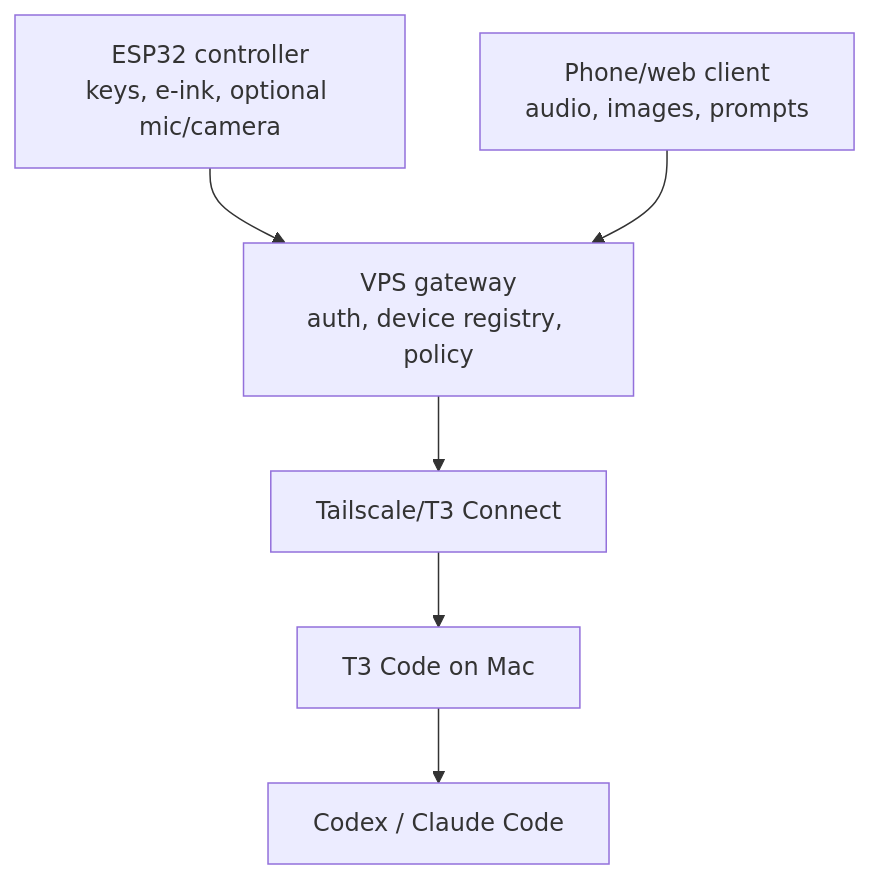
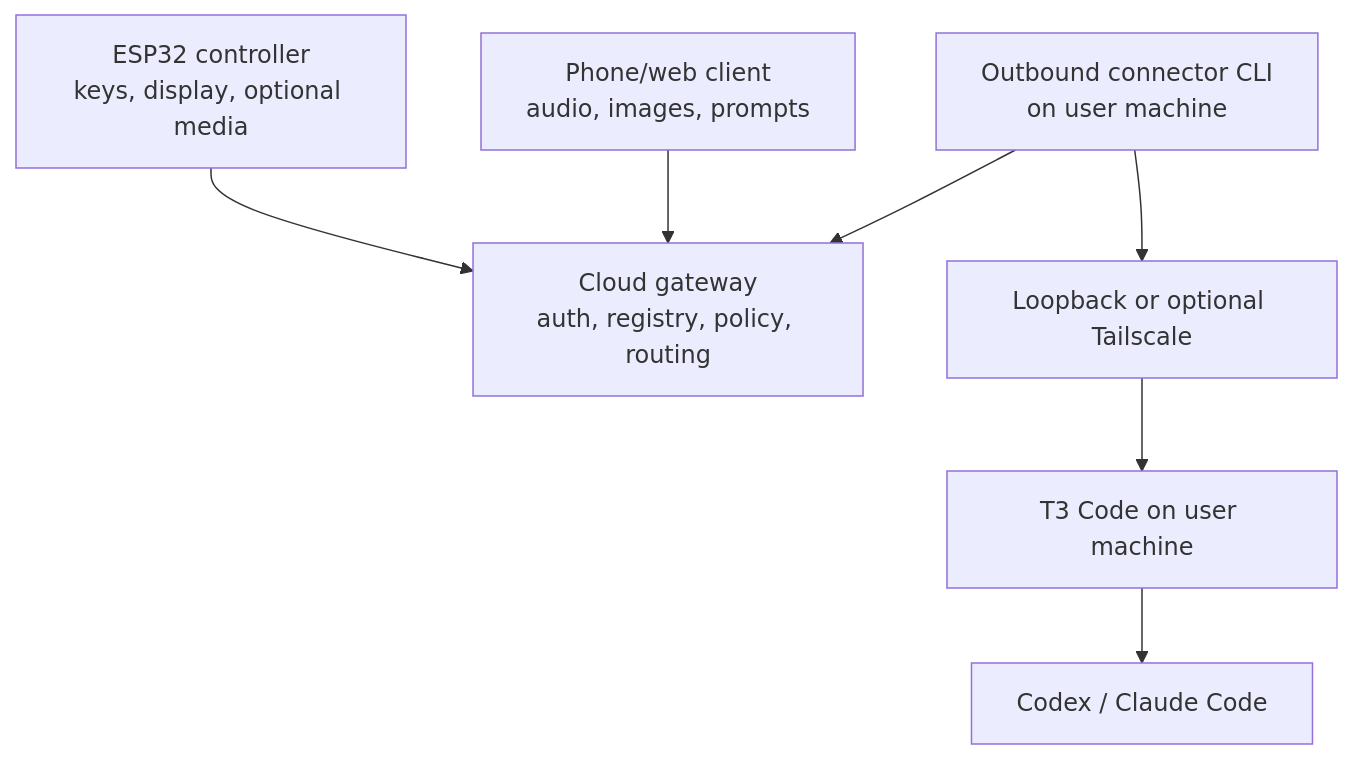
One commit to spyhack225/agent-controller changed the diagram in docs/hardware-protocol.md. Above: the diagram before and after it, drawn with Mermaid. The commit also changed other lines of this file and 343 other files, not shown here.

````diff
--- a/docs/hardware-protocol.md
+++ b/docs/hardware-protocol.md
@@ -22,8 +24,9 @@
 ```mermaid
 flowchart TD
-  ESP32["ESP32 controller<br/>keys, e-ink, optional mic/camera"] --> Gateway["VPS gateway<br/>auth, device registry, policy"]
+  ESP32["ESP32 controller<br/>keys, display, optional media"] --> Gateway["Cloud gateway<br/>auth, registry, policy, routing"]
   Phone["Phone/web client<br/>audio, images, prompts"] --> Gateway
-  Gateway --> Tailscale["Tailscale/T3 Connect"]
-  Tailscale --> T3["T3 Code on Mac"]
+  Connector["Outbound connector CLI<br/>on user machine"] --> Gateway
+  Connector --> Tailscale["Loopback or optional Tailscale"]
+  Tailscale --> T3["T3 Code on user machine"]
   T3 --> Agents["Codex / Claude Code"]
 ```
````
